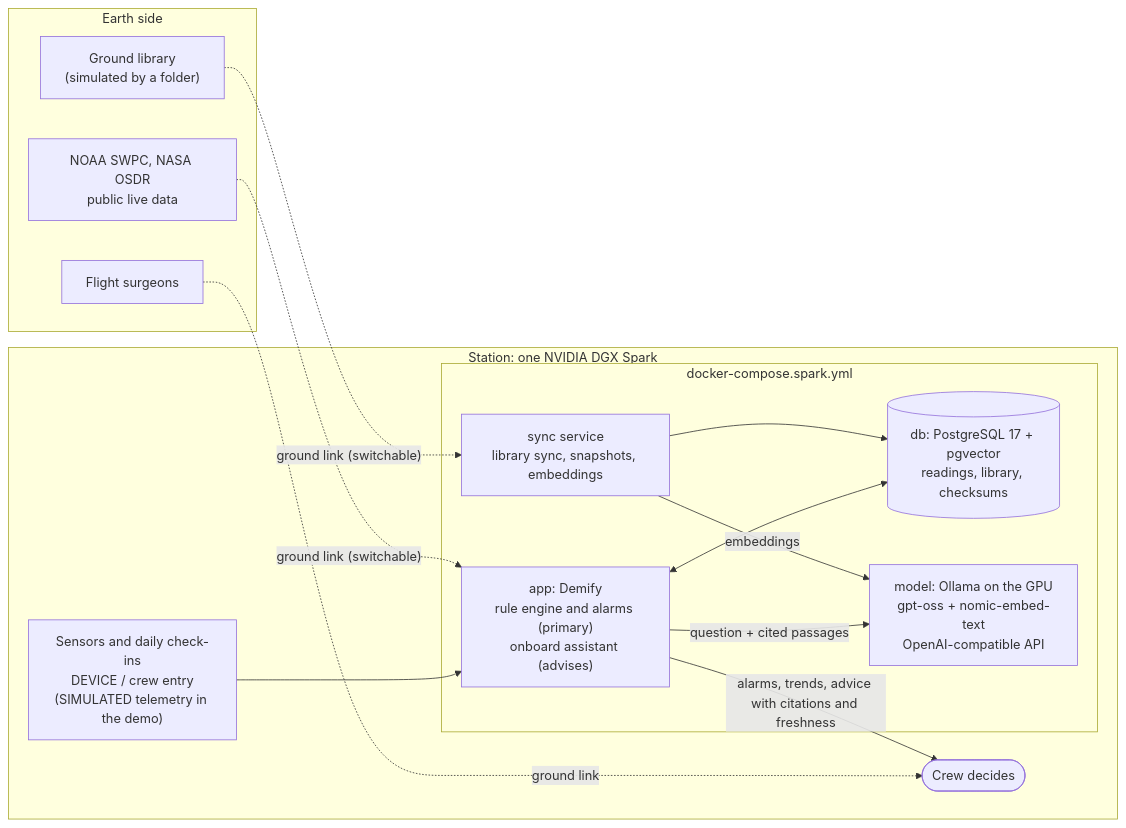
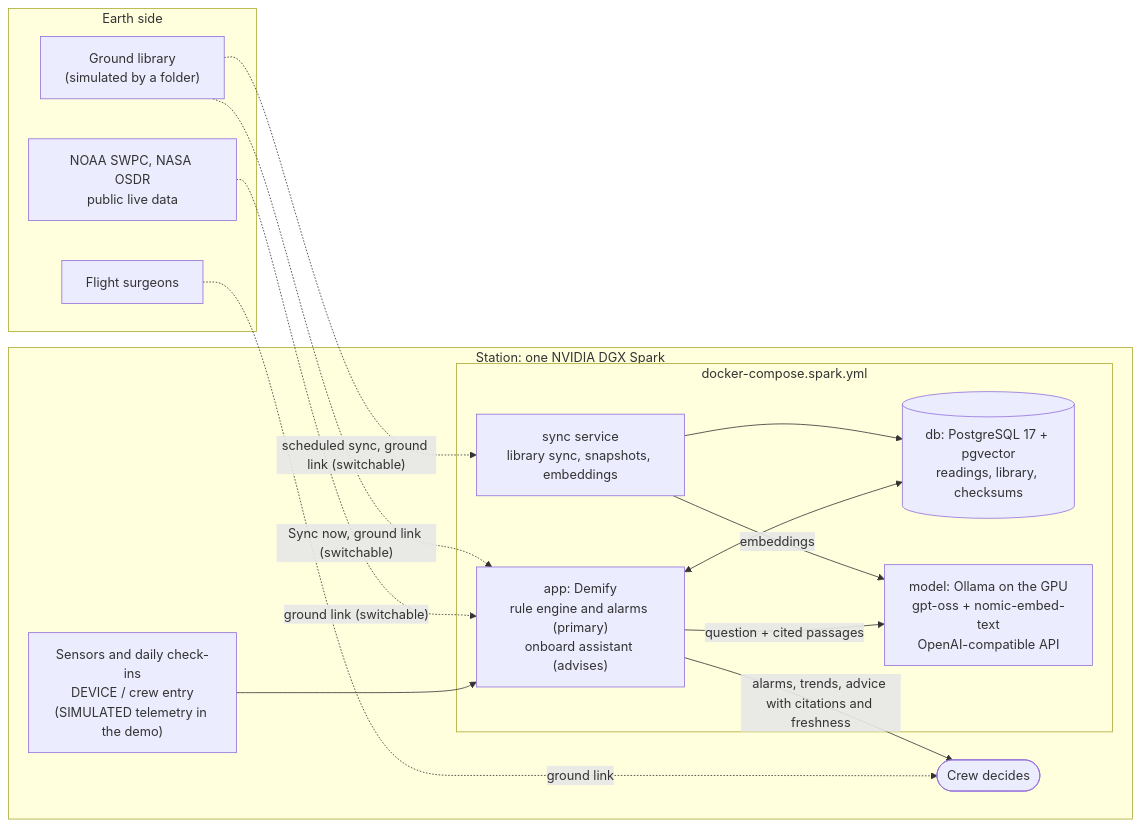
The diagram in docs/ARCHITECTURE.md (Duesi09/Demify---Health-Monitoring-Software-for-Astronauts), drawn with Mermaid before and after one commit. The commit also changed other lines of this file and 9 other files, not shown here.

````diff
--- a/docs/ARCHITECTURE.md
+++ b/docs/ARCHITECTURE.md
@@ -9,29 +9,30 @@
 ```mermaid
 flowchart LR
   subgraph Ground["Earth side"]
     noaa["NOAA SWPC, NASA OSDR<br/>public live data"]
     lib["Ground library<br/>(simulated by a folder)"]
     fs["Flight surgeons"]
   end
 
   subgraph Station["Station: one NVIDIA DGX Spark"]
     sensors["Sensors and daily check-ins<br/>DEVICE / crew entry<br/>(SIMULATED telemetry in the demo)"]
     subgraph Containers["docker-compose.spark.yml"]
       app["app: Demify<br/>rule engine and alarms (primary)<br/>onboard assistant (advises)"]
       db[("db: PostgreSQL 17 + pgvector<br/>readings, library, checksums")]
       model["model: Ollama on the GPU<br/>gpt-oss + nomic-embed-text<br/>OpenAI-compatible API"]
       sync["sync service<br/>library sync, snapshots, embeddings"]
     end
     crew(["Crew decides"])
   end
 
   sensors --> app
   app <--> db
   app -- "question + cited passages" --> model
   sync --> db
   sync -- "embeddings" --> model
   noaa -. "ground link (switchable)" .-> app
-  lib -. "ground link (switchable)" .-> sync
+  lib -. "scheduled sync, ground link (switchable)" .-> sync
+  lib -. "Sync now, ground link (switchable)" .-> app
   app -- "alarms, trends, advice with citations and freshness" --> crew
   fs -. "ground link" .-> crew
 ```
````
